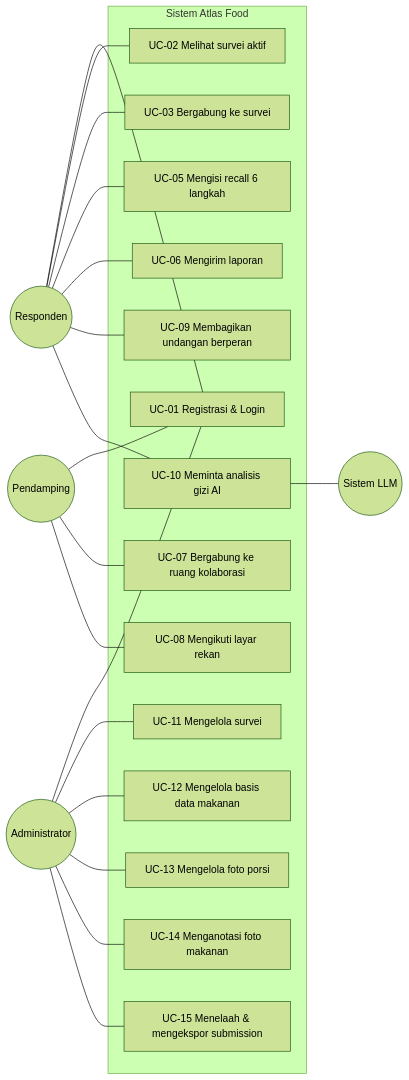
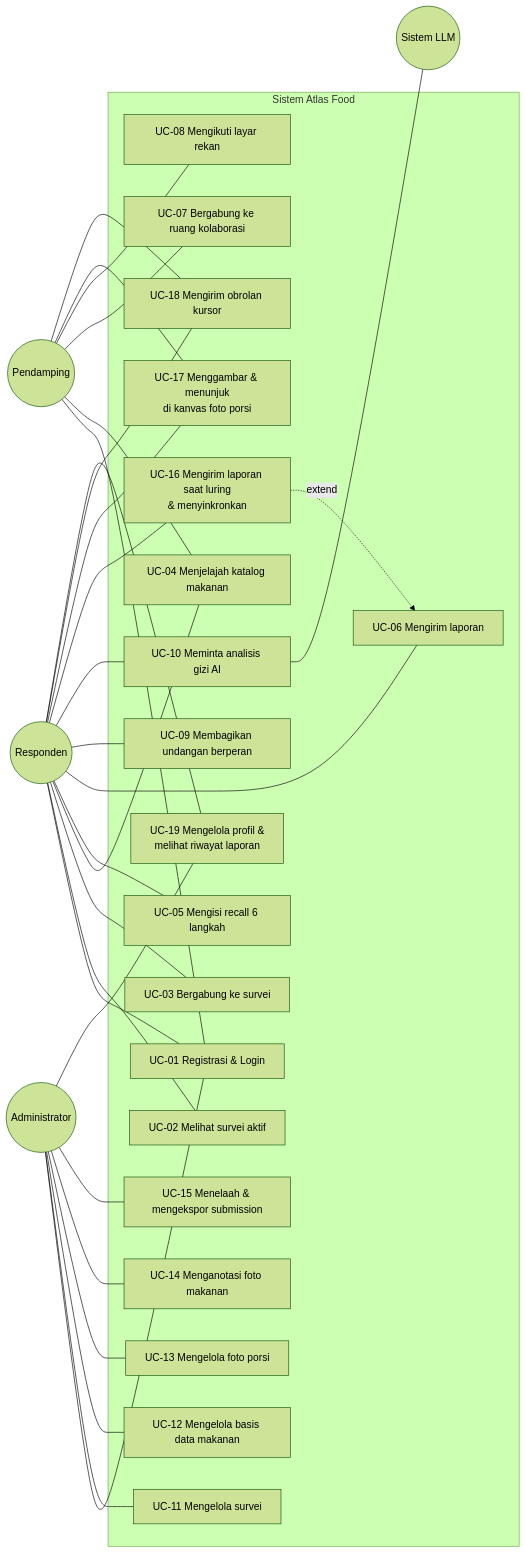
Before and after one commit to Babyhex7/atlas_food_frontend: the third of 13 diagrams in docs/Skripsi_Atlas_Food_Bab_1-5.md, drawn with Mermaid (forest theme). The commit also changed other lines of this file and 1 other file, not shown here.

````diff
--- a/docs/Skripsi_Atlas_Food_Bab_1-5.md
+++ b/docs/Skripsi_Atlas_Food_Bab_1-5.md
@@ -608,29 +684,35 @@
 ```mermaid
 flowchart LR
     R((Responden))
     P((Pendamping))
     A((Administrator))
     L((Sistem LLM))
 
     subgraph SIS["Sistem Atlas Food"]
         UC1["UC-01 Registrasi & Login"]
         UC2["UC-02 Melihat survei aktif"]
         UC3["UC-03 Bergabung ke survei"]
+        UC4["UC-04 Menjelajah katalog makanan"]
         UC5["UC-05 Mengisi recall 6 langkah"]
         UC6["UC-06 Mengirim laporan"]
         UC7["UC-07 Bergabung ke ruang kolaborasi"]
         UC8["UC-08 Mengikuti layar rekan"]
         UC9["UC-09 Membagikan undangan berperan"]
         UC10["UC-10 Meminta analisis gizi AI"]
         UC11["UC-11 Mengelola survei"]
         UC12["UC-12 Mengelola basis data makanan"]
         UC13["UC-13 Mengelola foto porsi"]
         UC14["UC-14 Menganotasi foto makanan"]
         UC15["UC-15 Menelaah & mengekspor submission"]
+        UC16["UC-16 Mengirim laporan saat luring<br/>& menyinkronkan"]
+        UC17["UC-17 Menggambar & menunjuk<br/>di kanvas foto porsi"]
+        UC18["UC-18 Mengirim obrolan kursor"]
+        UC19["UC-19 Mengelola profil &<br/>melihat riwayat laporan"]
     end
 
-    R --- UC1 & UC2 & UC3 & UC5 & UC6 & UC9 & UC10
-    P --- UC1 & UC7 & UC8
-    A --- UC1 & UC11 & UC12 & UC13 & UC14 & UC15
+    R --- UC1 & UC2 & UC3 & UC4 & UC5 & UC6 & UC9 & UC10 & UC16 & UC17 & UC18 & UC19
+    P --- UC1 & UC4 & UC7 & UC8 & UC17 & UC18
+    A --- UC1 & UC11 & UC12 & UC13 & UC14 & UC15 & UC19
     UC10 --- L
+    UC16 -.->|extend| UC6
 ```
````
